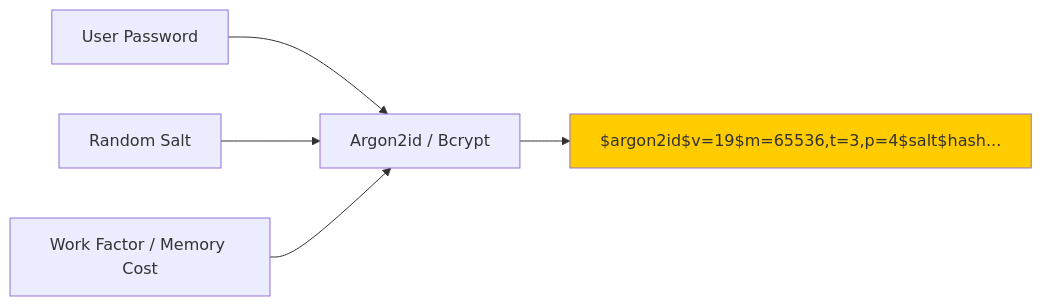
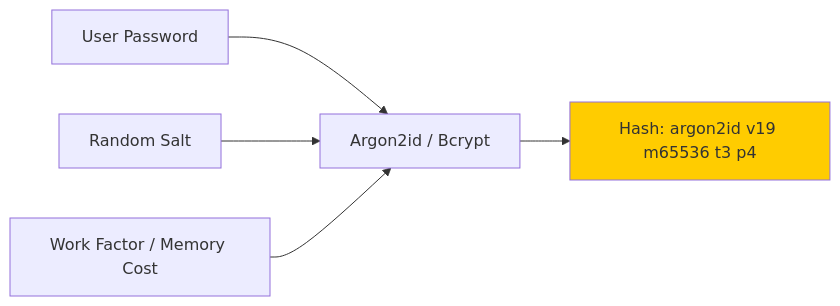
Before and after one commit to Anmol33/SystemDesign: the second of 6 diagrams in Authz-AuthN/01_Authentication_Fundamentals.md, drawn with Mermaid.

Commit message:
fix: Remove dollar signs from Mermaid diagram causing syntax error
Changed:
- Before: "$argon2id$v=19$m=65536,t=3,p=4$salt$hash..."
- After: "Hash: argon2id v19 m65536 t3 p4"

Dollar signs in Mermaid node labels cause syntax errors when rendering.
Simplified to human-readable format without special characters.

````diff
--- a/Authz-AuthN/01_Authentication_Fundamentals.md
+++ b/Authz-AuthN/01_Authentication_Fundamentals.md
@@ -90,16 +90,16 @@
 ```mermaid
 graph LR
     Input["User Password"]
     Salt["Random Salt"]
     Config["Work Factor / Memory Cost"]
     
     Algo["Argon2id / Bcrypt"]
     
     Input --> Algo
     Salt --> Algo
     Config --> Algo
     
-    Algo --> Hash["$argon2id$v=19$m=65536,t=3,p=4$salt$hash..."]
+    Algo --> Hash["Hash: argon2id v19 m65536 t3 p4"]
     
     style Hash fill:#ffcc00
 ```
````
